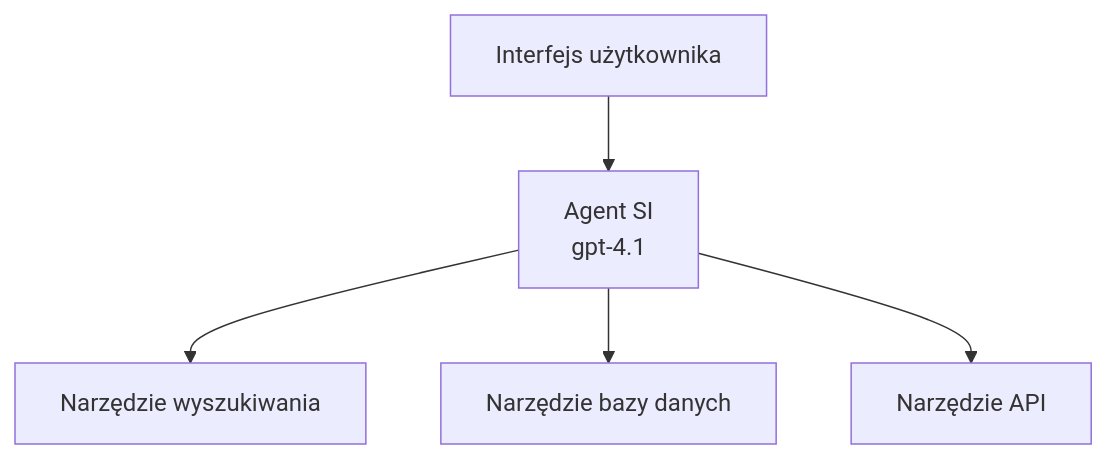
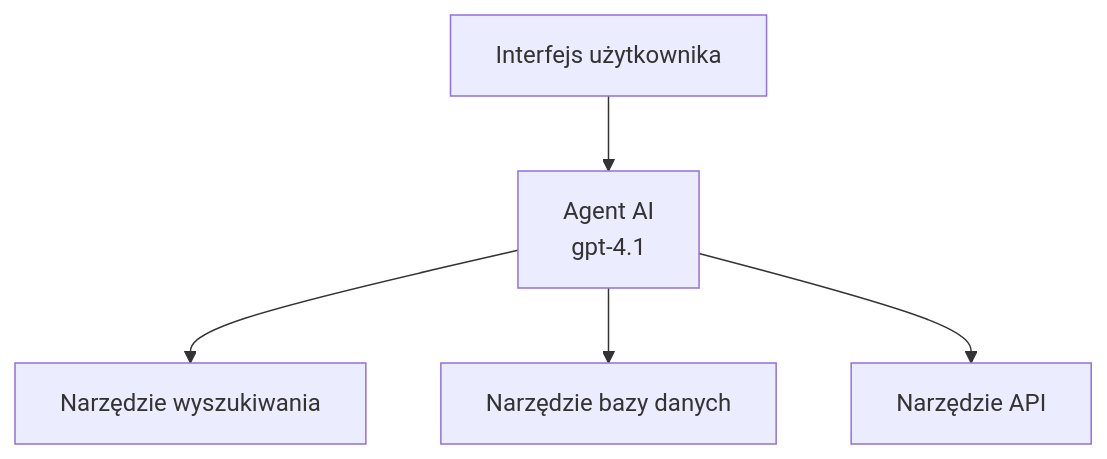
One commit to microsoft/AZD-for-beginners changed the first of 3 diagrams in translations/pl/docs/chapter-02-ai-development/agents.md. Above: the diagram before and after it, drawn with Mermaid. The commit also changed other lines of this file and 61 other files, not shown here.

````diff
--- a/translations/pl/docs/chapter-02-ai-development/agents.md
+++ b/translations/pl/docs/chapter-02-ai-development/agents.md
@@ -162,7 +162,7 @@
 ```mermaid
 graph TD
-    UI[Interfejs użytkownika] --> Agent[Agent SI<br/>gpt-4.1]
+    UI[Interfejs użytkownika] --> Agent[Agent AI<br/>gpt-4.1]
     Agent --> Search[Narzędzie wyszukiwania]
     Agent --> Database[Narzędzie bazy danych]
     Agent --> API[Narzędzie API]
 ```
````
